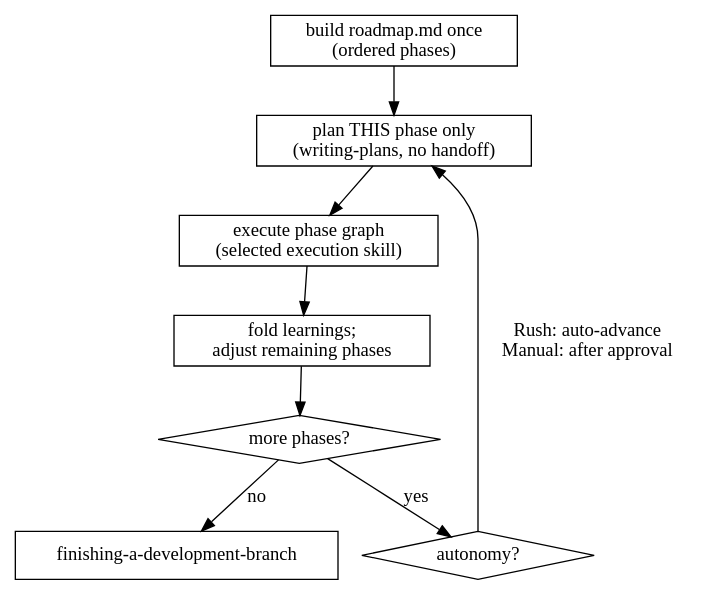
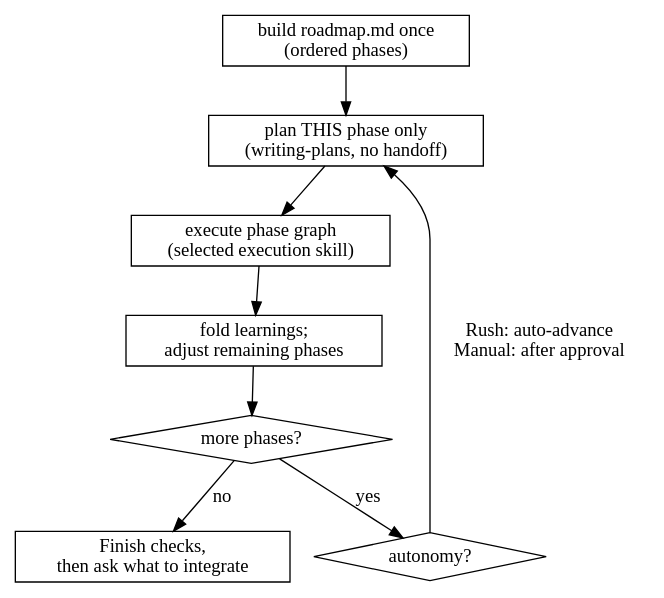
Before and after one commit to nickguletskii/jj-superpowers: the diagram in skills/iterative-planning/SKILL.md, drawn with Graphviz. The commit also changed other lines of this file and 113 other files, not shown here.

````diff
--- a/skills/iterative-planning/SKILL.md
+++ b/skills/iterative-planning/SKILL.md
@@ -38,17 +38,17 @@
 ```dot
 digraph iterative_planning {
   rankdir=TB;
   roadmap   [shape=box, label="build roadmap.md once\n(ordered phases)"];
   plan      [shape=box, label="plan THIS phase only\n(writing-plans, no handoff)"];
   exec      [shape=box, label="execute phase graph\n(selected execution skill)"];
   fold      [shape=box, label="fold learnings;\nadjust remaining phases"];
   boundary  [shape=diamond, label="more phases?"];
   ckpt      [shape=diamond, label="autonomy?"];
-  finish    [shape=box, label="finishing-a-development-branch"];
+  finish    [shape=box, label="Finish checks,\nthen ask what to integrate"];
 
   roadmap -> plan -> exec -> fold -> boundary;
   boundary -> ckpt   [label="yes"];
   boundary -> finish [label="no"];
   ckpt -> plan       [label="Rush: auto-advance\nManual: after approval"];
 }
 ```
````
